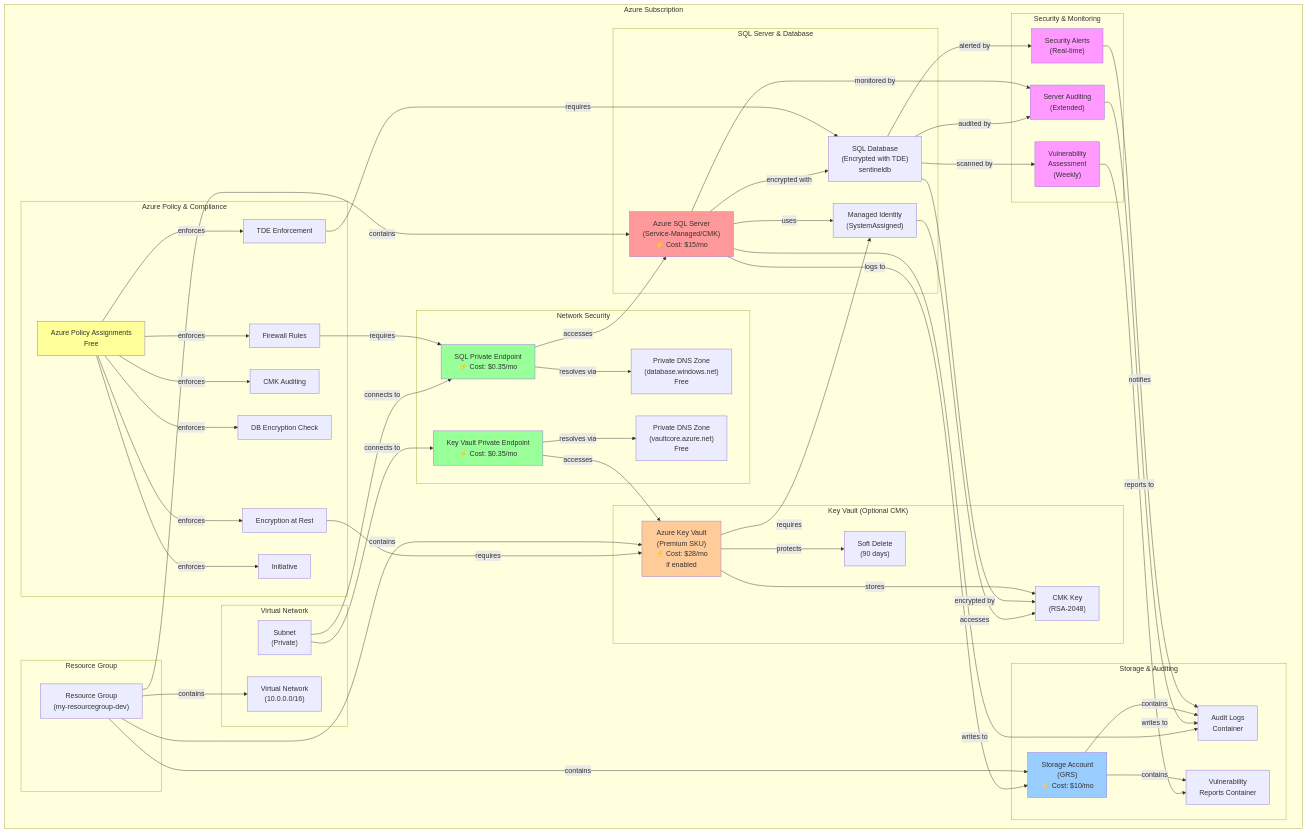
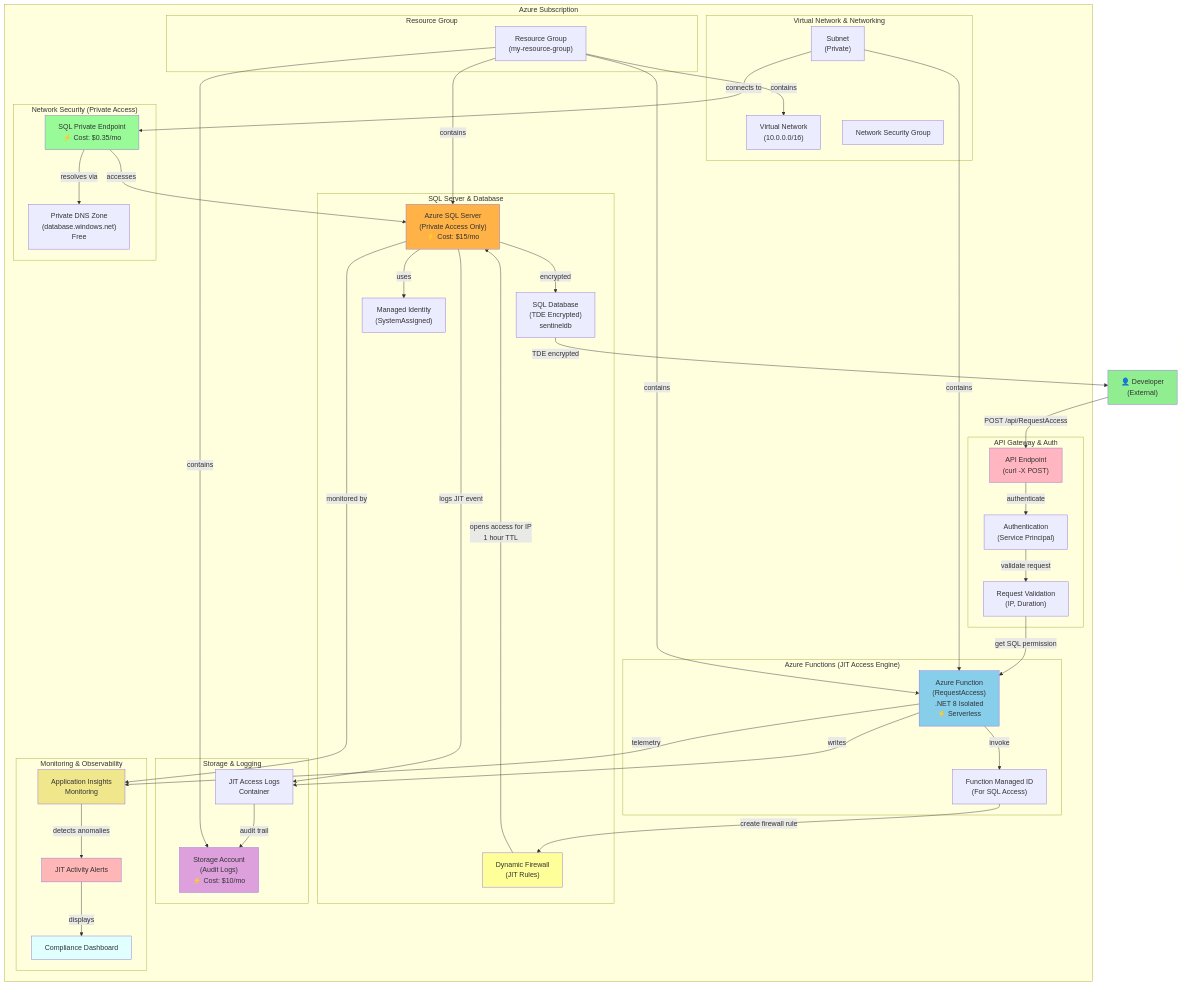
Before and after one commit to gabrielm407/Azure_JIT_Access_System: the first of 3 diagrams in docs/ARCHITECTURE_DIAGRAM.md, drawn with Mermaid. The commit also changed other lines of this file and 6 other files, not shown here.

````diff
--- a/docs/ARCHITECTURE_DIAGRAM.md
+++ b/docs/ARCHITECTURE_DIAGRAM.md
@@ -6,114 +6,96 @@
 graph TB
     subgraph "Azure Subscription"
         subgraph "Resource Group"
-            RG["Resource Group<br/>(my-resourcegroup-dev)"]
+            RG["Resource Group<br/>(my-resource-group)"]
         end
         
-        subgraph "Virtual Network"
+        subgraph "Virtual Network & Networking"
             VNET["Virtual Network<br/>(10.0.0.0/16)"]
             SUBNET["Subnet<br/>(Private)"]
+            NSG["Network Security Group"]
         end
         
         subgraph "SQL Server & Database"
-            SQLSRV["Azure SQL Server<br/>(Service-Managed/CMK)<br/>⚡ Cost: $15/mo"]
-            SQLDB["SQL Database<br/>(Encrypted with TDE)<br/>sentineldb"]
+            SQLSRV["Azure SQL Server<br/>(Private Access Only)<br/>⚡ Cost: $15/mo"]
+            SQLDB["SQL Database<br/>(TDE Encrypted)<br/>sentineldb"]
             MANAGED_ID["Managed Identity<br/>(SystemAssigned)"]
+            FIREWALL["Dynamic Firewall<br/>(JIT Rules)"]
         end
         
-        subgraph "Key Vault (Optional CMK)"
-            KEYVAULT["Azure Key Vault<br/>(Premium SKU)<br/>⚡ Cost: $28/mo<br/>if enabled"]
-            CMK_KEY["CMK Key<br/>(RSA-2048)"]
-            SOFT_DELETE["Soft Delete<br/>(90 days)"]
+        subgraph "Azure Functions (JIT Access Engine)"
+            FUNC["Azure Function<br/>(RequestAccess)<br/>.NET 8 Isolated<br/>⚡ Serverless"]
+            FUNCID["Function Managed ID<br/>(For SQL Access)"]
         end
         
-        subgraph "Storage & Auditing"
-            STORAGE["Storage Account<br/>(GRS)<br/>⚡ Cost: $10/mo"]
-            AUDIT_LOGS["Audit Logs<br/>Container"]
-            VULN_REPORTS["Vulnerability<br/>Reports Container"]
+        subgraph "API Gateway & Auth"
+            APIGW["API Endpoint<br/>(curl -X POST)"]
+            AUTH["Authentication<br/>(Service Principal)"]
+            VALIDATE["Request Validation<br/>(IP, Duration)"]
         end
         
-        subgraph "Network Security"
-            SQLPE["SQL Private Endpoint<br/>⚡ Cost: $0.35/mo"]
-            KVPE["Key Vault Private Endpoint<br/>⚡ Cost: $0.35/mo"]
-            SQLDNS["Private DNS Zone<br/>(database.windows.net)<br/>Free"]
-            KVDNS["Private DNS Zone<br/>(vaultcore.azure.net)<br/>Free"]
+        subgraph "Storage & Logging"
+            STORAGE["Storage Account<br/>(Audit Logs)<br/>⚡ Cost: $10/mo"]
+            LOGS["JIT Access Logs<br/>Container"]
         end
         
-        subgraph "Azure Policy & Compliance"
-            POLICIES["Azure Policy Assignments<br/>Free"]
-            P1["TDE Enforcement"]
-            P2["Encryption at Rest"]
-            P3["CMK Auditing"]
-            P4["DB Encryption Check"]
-            P5["Firewall Rules"]
-            P6["Initiative"]
+        subgraph "Network Security (Private Access)"
+            SQLPE["SQL Private Endpoint<br/>⚡ Cost: $0.35/mo"]
+            SQLDNS["Private DNS Zone<br/>(database.windows.net)<br/>Free"]
         end
         
-        subgraph "Security & Monitoring"
-            AUDIT["Server Auditing<br/>(Extended)"]
-            VULN_SCAN["Vulnerability<br/>Assessment<br/>(Weekly)"]
-            ALERTS["Security Alerts<br/>(Real-time)"]
+        subgraph "Monitoring & Observability"
+            INSIGHTS["Application Insights<br/>Monitoring"]
+            ALERTS["JIT Activity Alerts"]
+            DASHBOARD["Compliance Dashboard"]
         end
     end
     
+    %% JIT Flow
+    USER["👤 Developer<br/>(External)"]
+    USER -->|POST /api/RequestAccess| APIGW
+    APIGW -->|authenticate| AUTH
+    AUTH -->|validate request| VALIDATE
+    VALIDATE -->|get SQL permission| FUNC
+    FUNC -->|invoke| FUNCID
+    FUNCID -->|create firewall rule| FIREWALL
+    FIREWALL -->|opens access for IP<br/>1 hour TTL| SQLSRV
+    
     %% SQL Server Connections
-    SQLSRV -->|encrypted with| SQLDB
+    SQLSRV -->|encrypted| SQLDB
     SQLSRV -->|uses| MANAGED_ID
-    MANAGED_ID -->|accesses| CMK_KEY
-    SQLDB -->|encrypted by| CMK_KEY
-    SQLSRV -->|writes to| AUDIT_LOGS
-    SQLDB -->|audited by| AUDIT
+    SQLDB -->|TDE encrypted| USER
+    SQLSRV -->|logs JIT event| LOGS
     
     %% Network Connectivity
+    SUBNET -->|contains| FUNC
     SUBNET -->|connects to| SQLPE
-    SUBNET -->|connects to| KVPE
     SQLPE -->|resolves via| SQLDNS
-    KVPE -->|resolves via| KVDNS
     SQLPE -->|accesses| SQLSRV
-    KVPE -->|accesses| KEYVAULT
     
-    %% Key Vault Setup
-    KEYVAULT -->|stores| CMK_KEY
-    KEYVAULT -->|protects| SOFT_DELETE
-    KEYVAULT -->|requires| MANAGED_ID
-    
-    %% Storage Connections
-    SQLSRV -->|logs to| STORAGE
-    AUDIT -->|writes to| AUDIT_LOGS
-    VULN_SCAN -->|reports to| VULN_REPORTS
-    STORAGE -->|contains| AUDIT_LOGS
-    STORAGE -->|contains| VULN_REPORTS
-    
-    %% Policy Connections
-    POLICIES -->|enforces| P1
-    POLICIES -->|enforces| P2
-    POLICIES -->|enforces| P3
-    POLICIES -->|enforces| P4
-    POLICIES -->|enforces| P5
-    POLICIES -->|enforces| P6
-    P1 -->|requires| SQLDB
-    P2 -->|requires| KEYVAULT
-    P5 -->|requires| SQLPE
+    %% Storage & Logging
+    FUNC -->|writes| LOGS
+    LOGS -->|audit trail| STORAGE
     
     %% Monitoring
-    SQLSRV -->|monitored by| AUDIT
-    SQLDB -->|scanned by| VULN_SCAN
-    SQLDB -->|alerted by| ALERTS
-    ALERTS -->|notifies| AUDIT_LOGS
+    FUNC -->|telemetry| INSIGHTS
+    INSIGHTS -->|detects anomalies| ALERTS
+    ALERTS -->|displays| DASHBOARD
+    SQLSRV -->|monitored by| INSIGHTS
     
     %% Resource Group Association
     RG -->|contains| SQLSRV
-    RG -->|contains| KEYVAULT
+    RG -->|contains| FUNC
     RG -->|contains| STORAGE
     RG -->|contains| VNET
     
-    style SQLSRV fill:#ff9999
-    style KEYVAULT fill:#ffcc99
-    style STORAGE fill:#99ccff
-    style SQLPE fill:#99ff99
-    style KVPE fill:#99ff99
-    style POLICIES fill:#ffff99
-    style AUDIT fill:#ff99ff
-    style VULN_SCAN fill:#ff99ff
-    style ALERTS fill:#ff99ff
+    style USER fill:#90EE90
+    style FUNC fill:#87CEEB
+    style APIGW fill:#FFB6C1
+    style SQLSRV fill:#FFB347
+    style FIREWALL fill:#FFFF99
+    style STORAGE fill:#DDA0DD
+    style SQLPE fill:#98FB98
+    style INSIGHTS fill:#F0E68C
+    style ALERTS fill:#FFB6B6
+    style DASHBOARD fill:#E0FFFF
 ```
````
